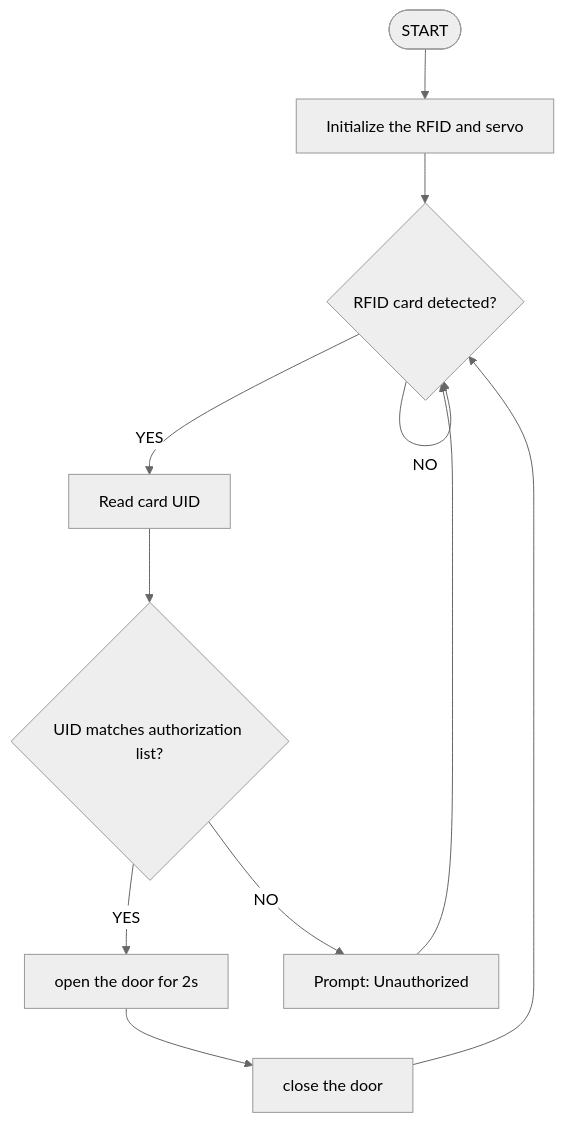
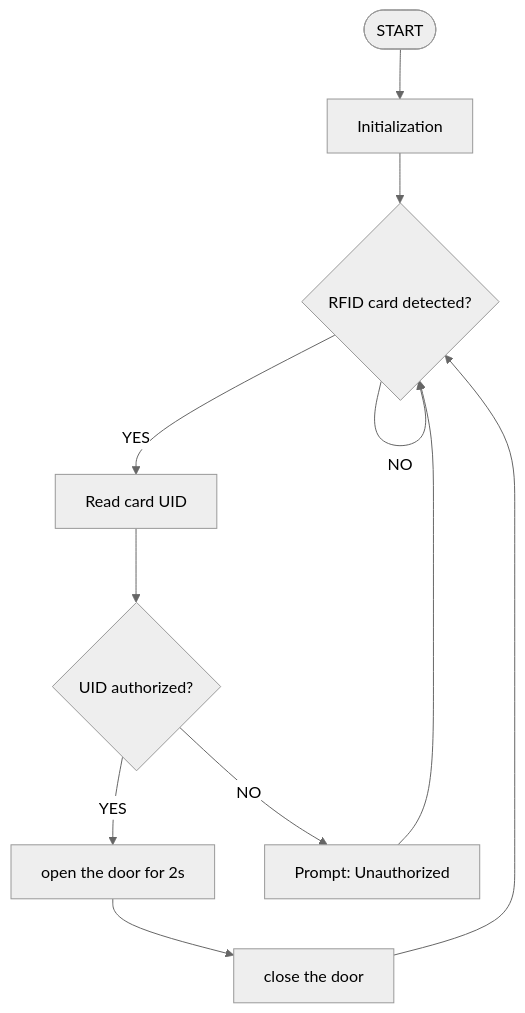
Before and after one commit to keyestudio/KS0597-: the diagram in docs/4.Arduino Projects/4.3 Projects/Project 7.md, drawn with Mermaid (neutral theme). The commit also changed 9 other files, not shown here.

````diff
--- a/docs/4.Arduino Projects/4.3 Projects/Project 7.md
+++ b/docs/4.Arduino Projects/4.3 Projects/Project 7.md
@@ -349,12 +349,12 @@
 ```mermaid
 flowchart TD
-    A([START]) --> B[Initialize the RFID and servo]
+    A([START]) --> B[Initialization]
     B --> C{RFID card detected?}
     C -- YES --> D[Read card UID]
-    D --> E{UID matches authorization list?}
+    D --> E{UID authorized?}
     E -- YES --> F[open the door for 2s] --> G[close the door]
     E -- NO --> H[Prompt: Unauthorized]
     C -- NO --> C
     G --> C
     H --> C
 ```
````
